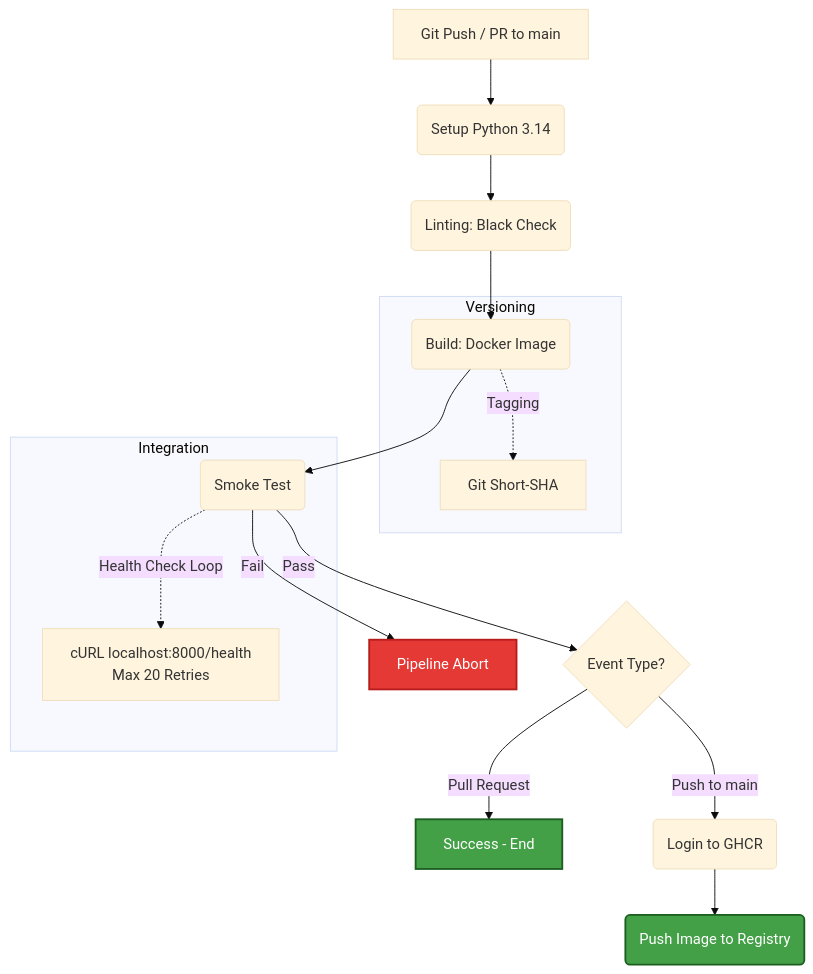
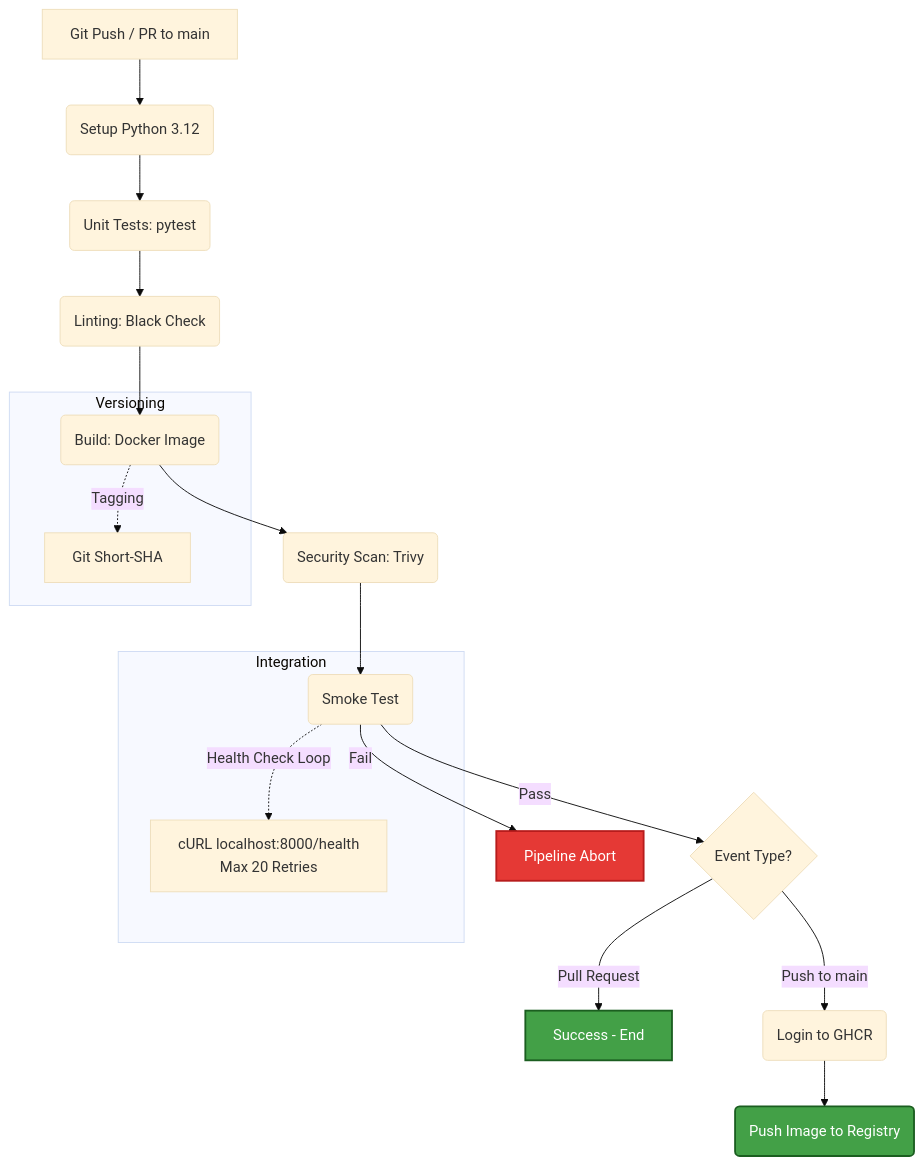
Before and after one commit to Upwind1647/infrastructure-lab: the diagram in docs/phase3/containerization.md, drawn with Mermaid (base theme). The commit also changed 1 other file, not shown here.

Commit message:
docs: update tech stack and ci/cd pipeline diagram

````diff
--- a/docs/phase3/containerization.md
+++ b/docs/phase3/containerization.md
@@ -17,28 +17,30 @@
 ```mermaid
 graph TD
-    A[Git Push / PR to main] --> B(Setup Python 3.14)
-    B --> C(Linting: Black Check)
+    A[Git Push / PR to main] --> B(Setup Python 3.12)
+    B --> T1(Unit Tests: pytest)
+    T1 --> C(Linting: Black Check)
     C --> D(Build: Docker Image)
 
     subgraph Versioning
         D -.-> |Tagging| T[Git Short-SHA]
     end
 
-    D --> E(Smoke Test)
+    D --> Sec(Security Scan: Trivy)
+    Sec --> E(Smoke Test)
 
     subgraph Integration
         E -.-> |Health Check Loop| H[cURL localhost:8000/health<br>Max 20 Retries]
     end
 
     E -->|Fail| F[Pipeline Abort]
     E -->|Pass| G{Event Type?}
 
     G -->|Pull Request| I[Success - End]
     G -->|Push to main| J(Login to GHCR)
     J --> K(Push Image to Registry)
 
     classDef success fill:#43a047,stroke:#1b5e20,stroke-width:2px,color:#fff;
     classDef fail fill:#e53935,stroke:#b71c1c,stroke-width:2px,color:#fff;
     class I,K success;
     class F fail;
 ```
````
